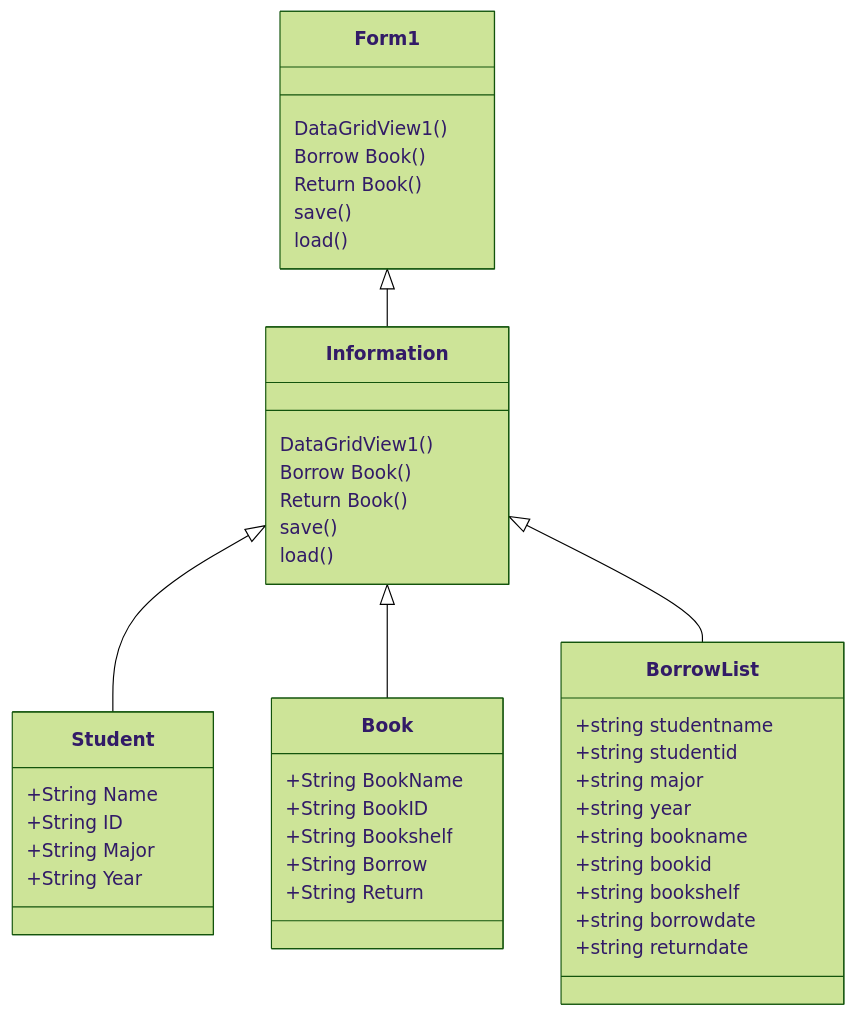
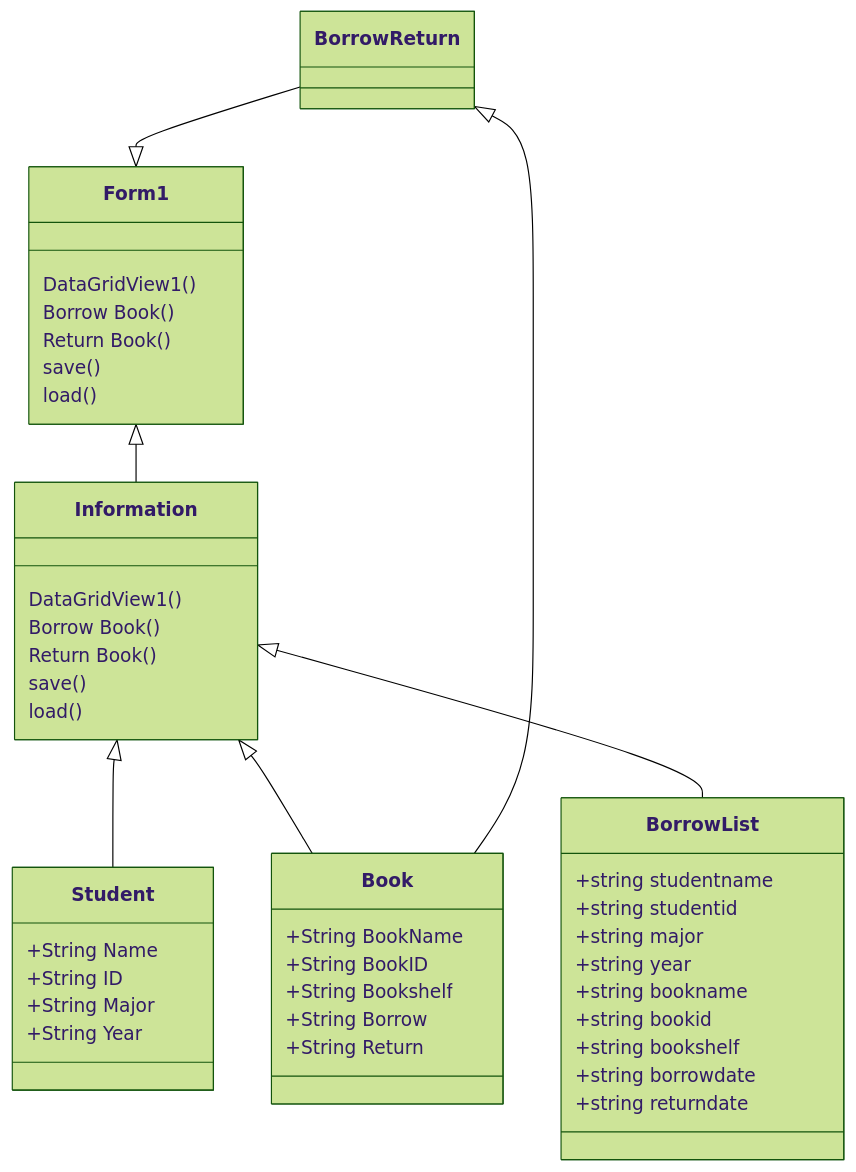
Before and after one commit to bbxxaxxm/Finalnatnicha: the diagram in README.md, drawn with Mermaid (forest theme).

````diff
--- a/README.md
+++ b/README.md
@@ -9,41 +9,43 @@
 ```mermaid
 classDiagram
     Form1 <|-- Information
     Form1 : DataGridView1()
     Form1 : Borrow Book()
     Form1 : Return Book()
     Form1 : save()
     Form1 : load()
     Information <|-- Student
     Information <|-- Book
     Information <|-- BorrowList
     Information : DataGridView1()
     Information : Borrow Book()
     Information: Return Book()
     Information: save()
     Information: load()
+    BorrowReturn --|> Form1
+    BorrowReturn <|-- Book
     class Student{
         +String Name
         +String ID
         +String Major
         +String Year
     }
     class Book{
         +String BookName
         +String BookID
         +String Bookshelf
         +String Borrow
         +String Return
     }
     class BorrowList{
         +string studentname
         +string studentid
         +string major
         +string year
         +string bookname
         +string bookid
         +string bookshelf
         +string borrowdate
         +string returndate
     }
 ```
````
